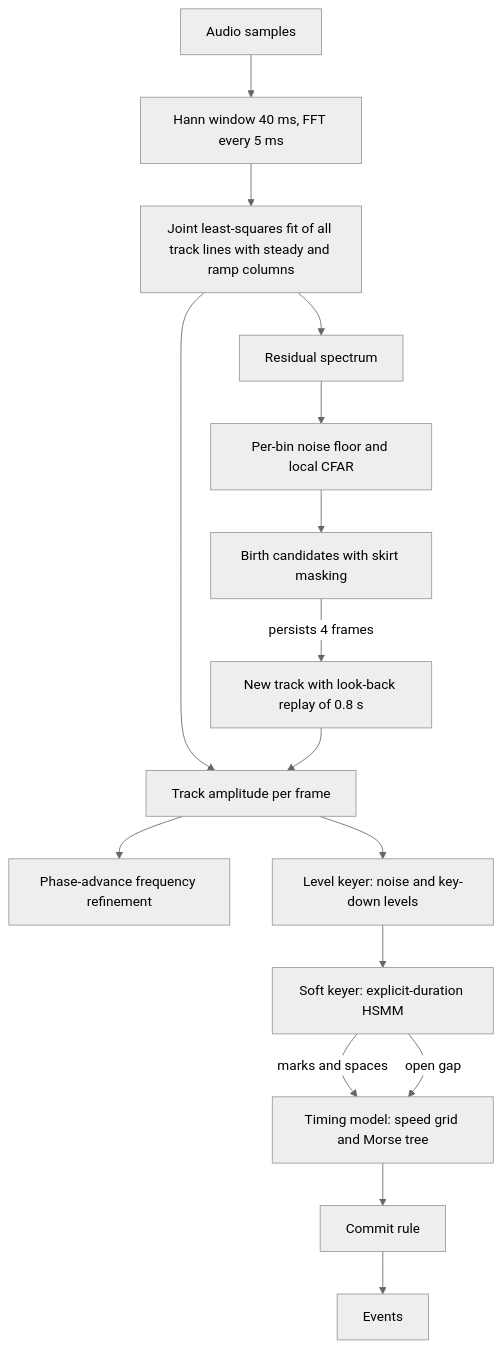
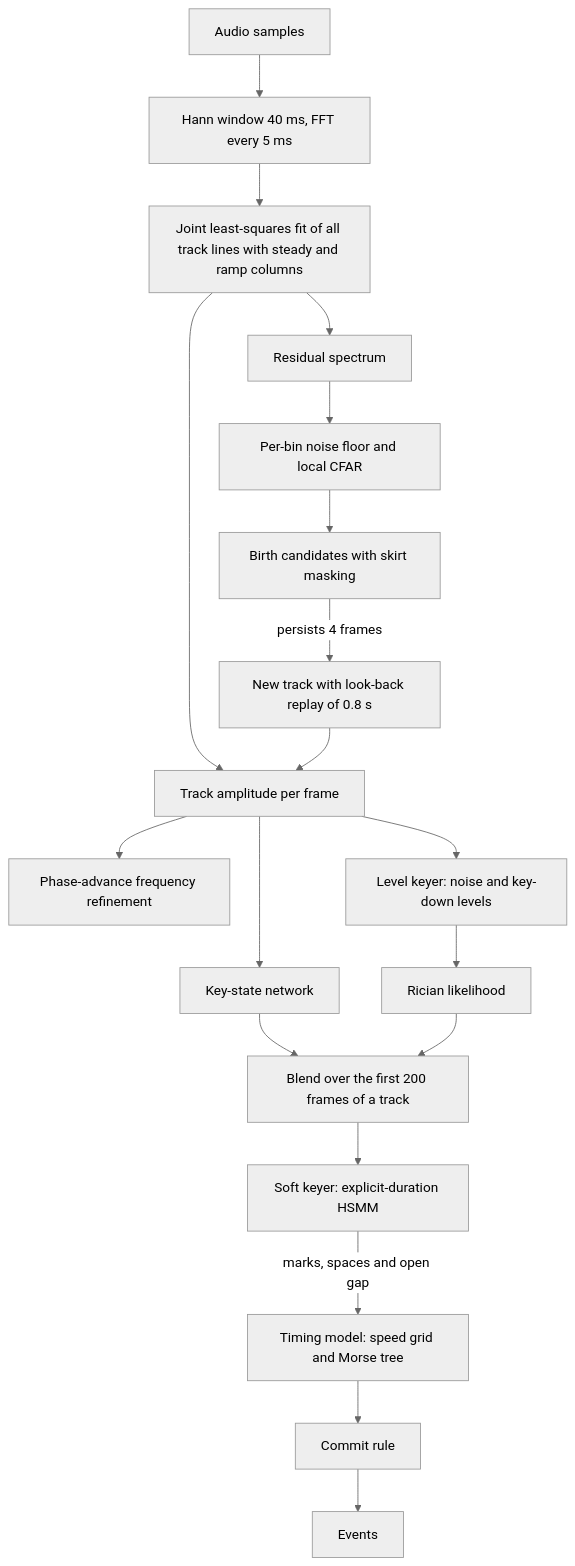
The first of 6 diagrams in README.md (nextzlog/rumo), drawn with Mermaid (neutral theme) before and after one commit. The commit also changed other lines of this file and 10 other files, not shown here.

````diff
--- a/README.md
+++ b/README.md
@@ -52,18 +52,21 @@
 ```mermaid
 flowchart TD
   A[Audio samples] --> B[Hann window 40 ms, FFT every 5 ms]
   B --> C[Joint least-squares fit of all track lines with steady and ramp columns]
   C --> D[Residual spectrum]
   D --> E[Per-bin noise floor and local CFAR]
   E --> F[Birth candidates with skirt masking]
   F -->|persists 4 frames| G[New track with look-back replay of 0.8 s]
   C --> H[Track amplitude per frame]
+  G --> H
   H --> I[Phase-advance frequency refinement]
   H --> J[Level keyer: noise and key-down levels]
-  J --> K[Soft keyer: explicit-duration HSMM]
-  K -->|marks and spaces| L[Timing model: speed grid and Morse tree]
-  K -->|open gap| L
-  L --> M[Commit rule]
-  M --> N[Events]
-  G --> H
+  H --> K[Key-state network]
+  J --> R[Rician likelihood]
+  K --> L[Blend over the first 200 frames of a track]
+  R --> L
+  L --> M[Soft keyer: explicit-duration HSMM]
+  M -->|marks, spaces and open gap| N[Timing model: speed grid and Morse tree]
+  N --> O[Commit rule]
+  O --> P[Events]
 ```
````
